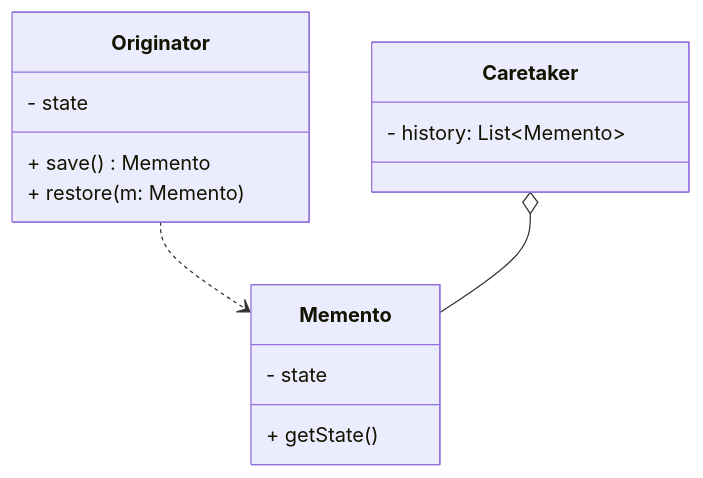
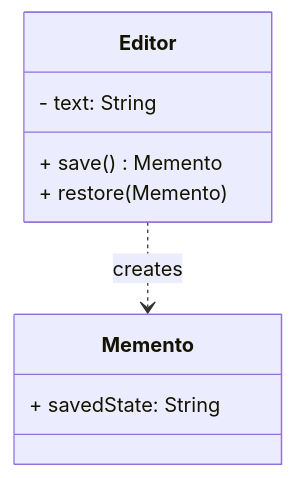
One commit to swapnilphalke97/Design-Pattern changed diagram 17 of 22 in Readme.md. Above: the diagram before and after it, drawn with Mermaid. The commit also changed other lines of this file, not shown here.

````diff
--- a/Readme.md
+++ b/Readme.md
@@ -698,17 +754,12 @@
 ```mermaid
 classDiagram
-    class Originator {
-        - state
+    class Memento {
+        + savedState: String
+    }
+    class Editor {
+        - text: String
         + save() Memento
-        + restore(m: Memento)
+        + restore(Memento)
     }
-    class Memento {
-        - state
-        + getState()
-    }
-    class Caretaker {
-        - history: List~Memento~
-    }
-    Originator ..> Memento
-    Caretaker o-- Memento
+    Editor ..> Memento : creates
 ```
````
